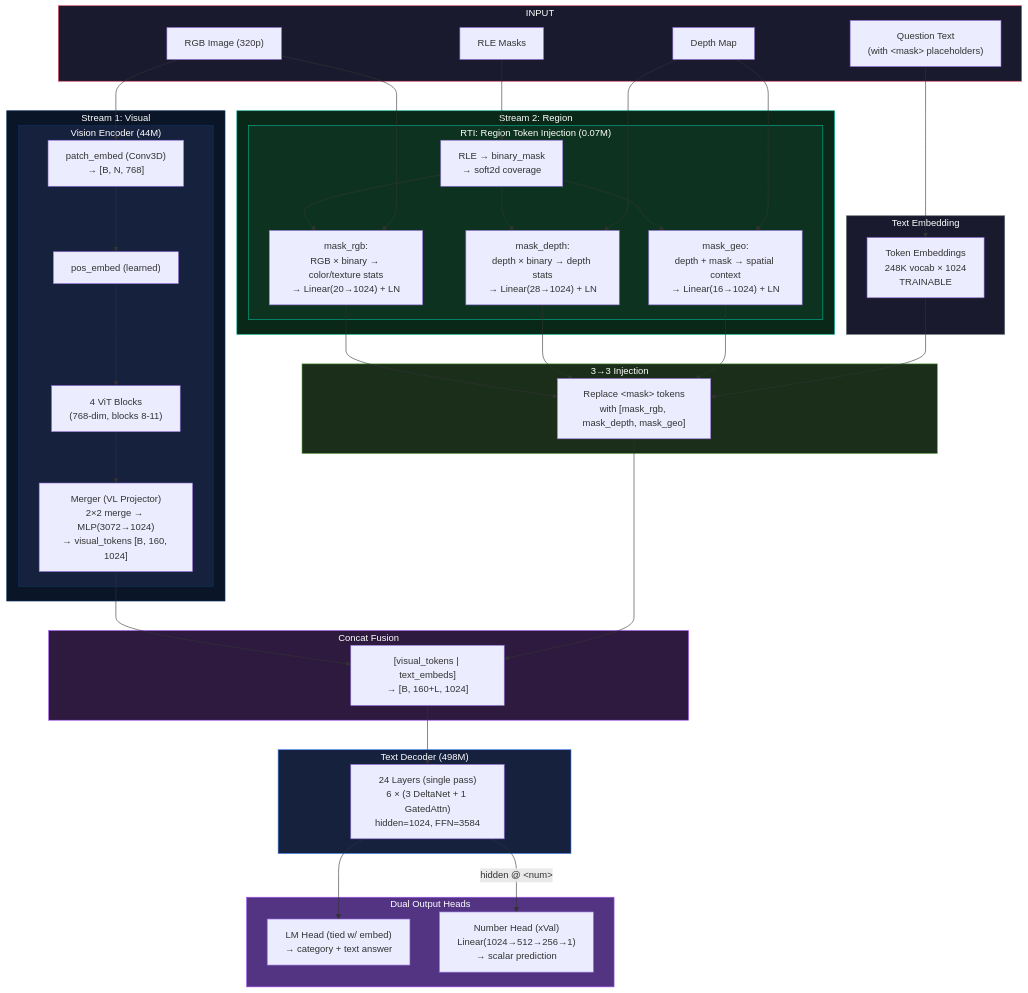
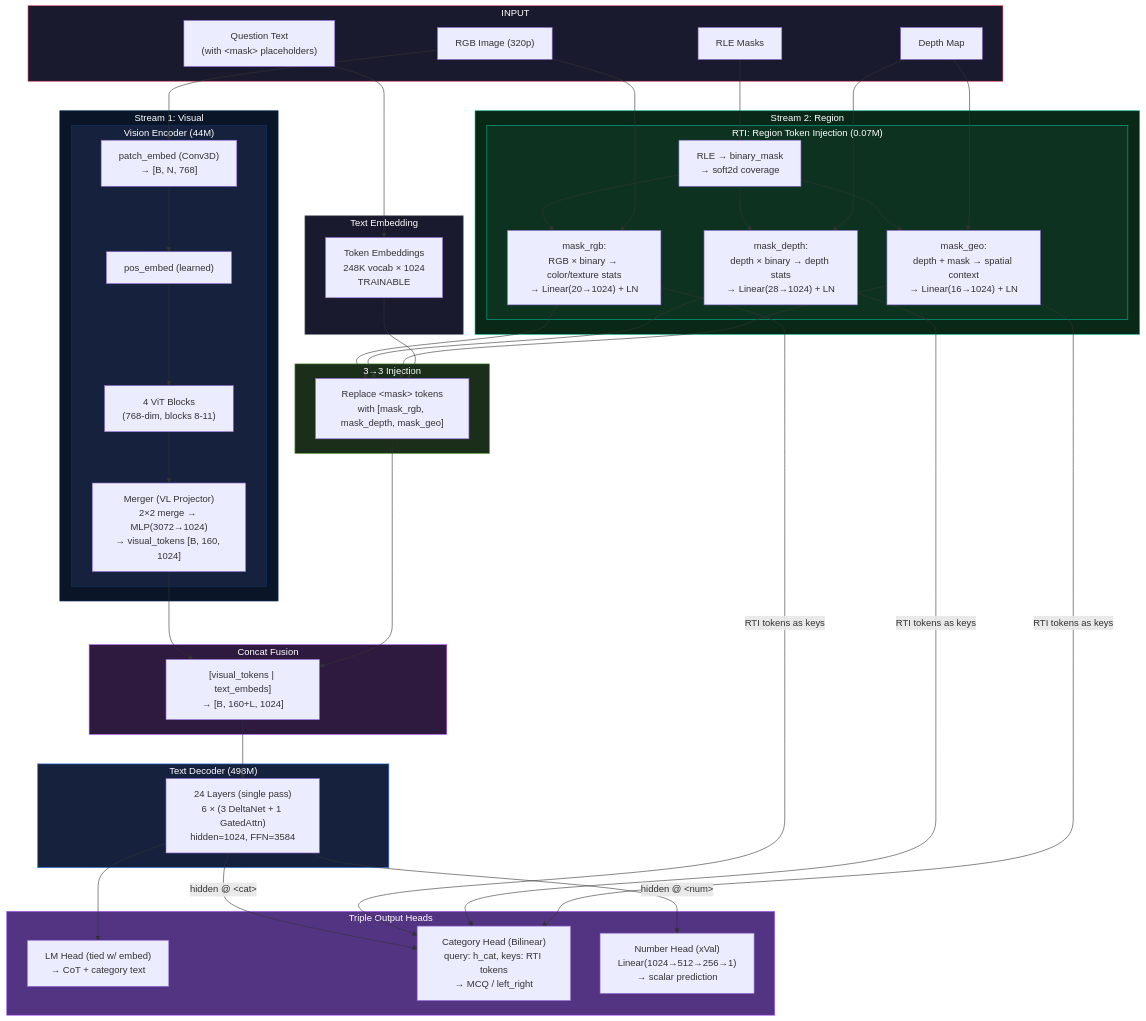
One commit to ZenHKD/Thesis changed the diagram in model_micro/architecture_micro.md. Above: the diagram before and after it, drawn with Mermaid. The commit also changed other lines of this file, not shown here.

Commit message:
Update the model architecture and new balance data in .md

````diff
--- a/model_micro/architecture_micro.md
+++ b/model_micro/architecture_micro.md
@@ -149,75 +162,78 @@
 ```mermaid
 flowchart TB
     subgraph INPUT["INPUT"]
         Q["Question Text\n(with &lt;mask&gt; placeholders)"]
         RGB["RGB Image (320p)"]
         D["Depth Map"]
         RLE["RLE Masks"]
     end
 
     subgraph STREAM1["Stream 1: Visual"]
         subgraph VISION["Vision Encoder (44M)"]
             PE["patch_embed (Conv3D)\n→ [B, N, 768]"]
             POS["pos_embed (learned)"]
             VIT["4 ViT Blocks\n(768-dim, blocks 8-11)"]
             MG["Merger (VL Projector)\n2×2 merge → MLP(3072→1024)\n→ visual_tokens [B, 160, 1024]"]
             PE --> POS --> VIT --> MG
         end
     end
 
     subgraph STREAM2["Stream 2: Region"]
         subgraph RTI["RTI: Region Token Injection (0.07M)"]
             SOFT["RLE → binary_mask\n→ soft2d coverage"]
             MRGB["mask_rgb:\nRGB × binary → color/texture stats\n→ Linear(20→1024) + LN"]
             MDEP["mask_depth:\ndepth × binary → depth stats\n→ Linear(28→1024) + LN"]
             MGEO["mask_geo:\ndepth + mask → spatial context\n→ Linear(16→1024) + LN"]
             SOFT --> MRGB & MDEP & MGEO
         end
     end
 
     subgraph EMBED["Text Embedding"]
         EMB["Token Embeddings\n248K vocab × 1024\nTRAINABLE"]
     end
 
     subgraph INJECT["3→3 Injection"]
         INJ["Replace &lt;mask&gt; tokens\nwith [mask_rgb, mask_depth, mask_geo]"]
     end
 
     subgraph FUSION["Concat Fusion"]
         CAT["[visual_tokens | text_embeds]\n→ [B, 160+L, 1024]"]
     end
 
     subgraph DECODER["Text Decoder (498M)"]
         DEC["24 Layers (single pass)\n6 × (3 DeltaNet + 1 GatedAttn)\nhidden=1024, FFN=3584"]
     end
 
-    subgraph HEADS["Dual Output Heads"]
-        LM["LM Head (tied w/ embed)\n→ category + text answer"]
+    subgraph HEADS["Triple Output Heads"]
+        LM["LM Head (tied w/ embed)\n→ CoT + category text"]
+        CATH["Category Head (Bilinear)\nquery: h_cat, keys: RTI tokens\n→ MCQ / left_right"]
         NUM["Number Head (xVal)\nLinear(1024→512→256→1)\n→ scalar prediction"]
     end
 
     RGB --> PE
     RGB --> MRGB
     D --> MDEP & MGEO
     RLE --> SOFT
     Q --> EMB
 
     MG --> CAT
     MRGB & MDEP & MGEO --> INJ
     EMB --> INJ --> CAT
     CAT --> DEC
 
     DEC --> LM
+    DEC -->|"hidden @ &lt;cat&gt;"| CATH
     DEC -->|"hidden @ &lt;num&gt;"| NUM
+    MRGB & MDEP & MGEO -->|"RTI tokens as keys"| CATH
 
     style INPUT fill:#1a1a2e,stroke:#e94560,color:#fff
     style STREAM1 fill:#0a1628,stroke:#0f3460,color:#fff
     style STREAM2 fill:#0a2818,stroke:#00b894,color:#fff
     style VISION fill:#16213e,stroke:#0f3460,color:#fff
     style RTI fill:#0d3320,stroke:#00b894,color:#fff
     style EMBED fill:#1a1a2e,stroke:#636e72,color:#fff
     style INJECT fill:#1a2e1a,stroke:#6ab04c,color:#fff
     style FUSION fill:#2d1a3e,stroke:#a855f7,color:#fff
     style DECODER fill:#16213e,stroke:#3b82f6,color:#fff
     style HEADS fill:#533483,stroke:#a855f7,color:#fff
 ```
````
